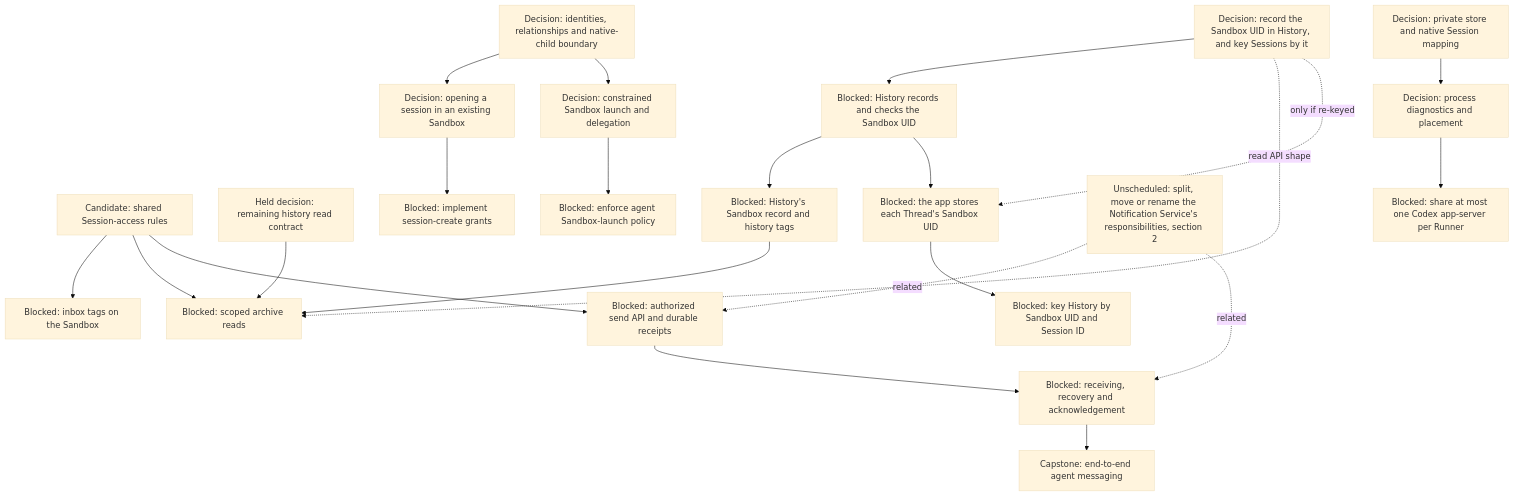
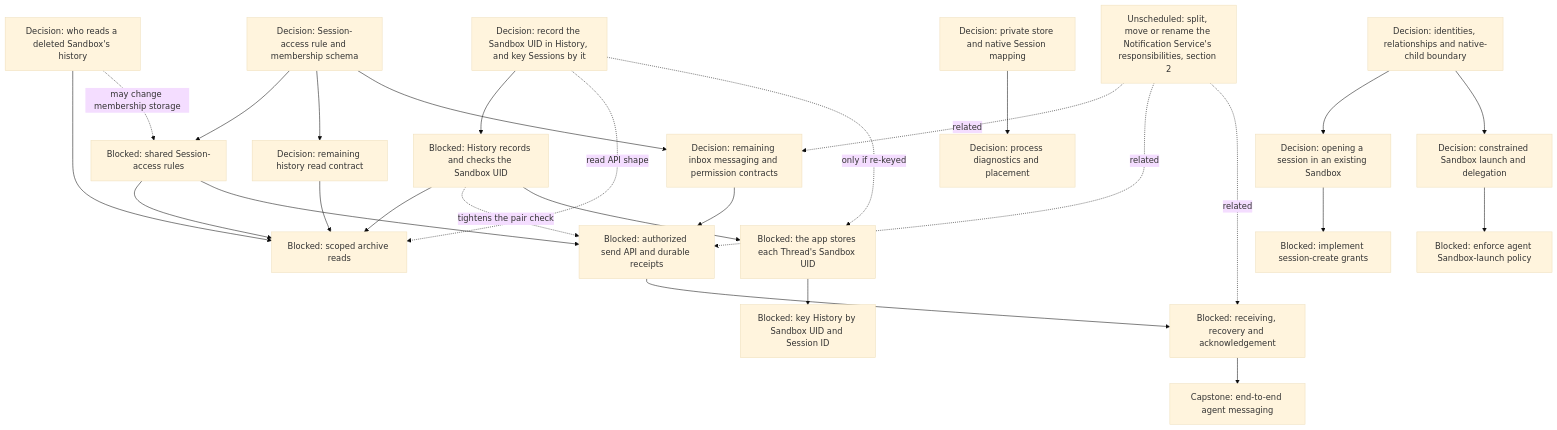
The fifth of 16 diagrams in agentplane/plans/task_dag.md (agentydragon/ducktape), drawn with Mermaid (base theme) before and after one commit. The commit also changed other lines of this file, not shown here.

````diff
--- a/agentplane/plans/task_dag.md
+++ b/agentplane/plans/task_dag.md
@@ -250,43 +250,49 @@
 ```mermaid
 flowchart TD
     MULTIAGENT_MODEL[Decision: identities, relationships and native-child boundary]
-    SESSION_ACCESS_RULES[Candidate: shared Session-access rules]
-    THREAD_READ_POLICY_DESIGN[Held decision: remaining history read contract]
-    SANDBOX_INBOX_TAGS[Blocked: inbox tags on the Sandbox]
-    HISTORY_SANDBOX_RECORD[Blocked: History's Sandbox record and history tags]
+    SESSION_ACCESS_RULES_DESIGN[Decision: Session-access rule and membership schema]
+    SESSION_ACCESS_RULES[Blocked: shared Session-access rules]
+    THREAD_READ_POLICY_DESIGN[Decision: remaining history read contract]
+    HISTORY_ACCESS_AFTER_DELETION[Decision: who reads a deleted Sandbox's history]
     THREAD_READ_POLICY[Blocked: scoped archive reads]
     HISTORY_SESSION_KEY_DESIGN[Decision: record the Sandbox UID in History, and key Sessions by it]
     HISTORY_SANDBOX_UID[Blocked: History records and checks the Sandbox UID]
     APP_THREAD_SANDBOX_UID[Blocked: the app stores each Thread's Sandbox UID]
     HISTORY_SESSION_REKEY[Blocked: key History by Sandbox UID and Session ID]
+    AGENT_MESSAGING_DESIGN[Decision: remaining inbox messaging and permission contracts]
     AGENT_MESSAGE_INGRESS[Blocked: authorized send API and durable receipts]
     AGENT_MESSAGE_RECEPTION[Blocked: receiving, recovery and acknowledgement]
     AGENT_MESSAGING[Capstone: end-to-end agent messaging]
     THREAD_CREATE_POLICY[Decision: opening a session in an existing Sandbox]
     THREAD_CREATE_AUTHORIZATION[Blocked: implement session-create grants]
     AGENT_LAUNCH_POLICY_DESIGN[Decision: constrained Sandbox launch and delegation]
     AGENT_SANDBOX_LAUNCH[Blocked: enforce agent Sandbox-launch policy]
     MULTIAGENT_MODEL --> THREAD_CREATE_POLICY
     MULTIAGENT_MODEL --> AGENT_LAUNCH_POLICY_DESIGN
+    SESSION_ACCESS_RULES_DESIGN --> SESSION_ACCESS_RULES
+    SESSION_ACCESS_RULES_DESIGN --> THREAD_READ_POLICY_DESIGN
+    SESSION_ACCESS_RULES_DESIGN --> AGENT_MESSAGING_DESIGN
     THREAD_READ_POLICY_DESIGN --> THREAD_READ_POLICY
-    SESSION_ACCESS_RULES --> SANDBOX_INBOX_TAGS
+    HISTORY_ACCESS_AFTER_DELETION --> THREAD_READ_POLICY
+    HISTORY_ACCESS_AFTER_DELETION -. may change membership storage .-> SESSION_ACCESS_RULES
     SESSION_ACCESS_RULES --> THREAD_READ_POLICY
     HISTORY_SESSION_KEY_DESIGN --> HISTORY_SANDBOX_UID
     HISTORY_SESSION_KEY_DESIGN -. read API shape .-> THREAD_READ_POLICY
     HISTORY_SESSION_KEY_DESIGN -. only if re-keyed .-> APP_THREAD_SANDBOX_UID
-    HISTORY_SANDBOX_UID --> HISTORY_SANDBOX_RECORD
-    HISTORY_SANDBOX_RECORD --> THREAD_READ_POLICY
+    HISTORY_SANDBOX_UID --> THREAD_READ_POLICY
+    HISTORY_SANDBOX_UID -. tightens the pair check .-> AGENT_MESSAGE_INGRESS
     HISTORY_SANDBOX_UID --> APP_THREAD_SANDBOX_UID
     APP_THREAD_SANDBOX_UID --> HISTORY_SESSION_REKEY
     SESSION_ACCESS_RULES --> AGENT_MESSAGE_INGRESS
+    AGENT_MESSAGING_DESIGN --> AGENT_MESSAGE_INGRESS
     AGENT_MESSAGE_INGRESS --> AGENT_MESSAGE_RECEPTION
-    NOTIFICATION_SERVICE_SPLIT[Unscheduled: split, move or rename the Notification Service's responsibilities, section 2] -. related .-> AGENT_MESSAGE_INGRESS
+    NOTIFICATION_SERVICE_SPLIT[Unscheduled: split, move or rename the Notification Service's responsibilities, section 2] -. related .-> AGENT_MESSAGING_DESIGN
+    NOTIFICATION_SERVICE_SPLIT -. related .-> AGENT_MESSAGE_INGRESS
     NOTIFICATION_SERVICE_SPLIT -. related .-> AGENT_MESSAGE_RECEPTION
     AGENT_MESSAGE_RECEPTION --> AGENT_MESSAGING
     THREAD_CREATE_POLICY --> THREAD_CREATE_AUTHORIZATION
     AGENT_LAUNCH_POLICY_DESIGN --> AGENT_SANDBOX_LAUNCH
     RUNNER_HARNESS_OBJECTS_DESIGN[Decision: process diagnostics and placement]
     HARNESS_IDENTITY_DESIGN[Decision: private store and native Session mapping]
     HARNESS_IDENTITY_DESIGN --> RUNNER_HARNESS_OBJECTS_DESIGN
-    RUNNER_HARNESS_OBJECTS_DESIGN --> RUNNER_CODEX_SHARED_PROCESS[Blocked: share at most one Codex app-server per Runner]
 ```
````
